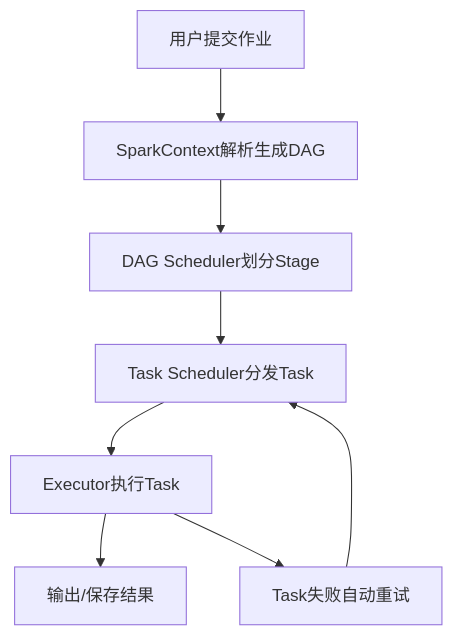
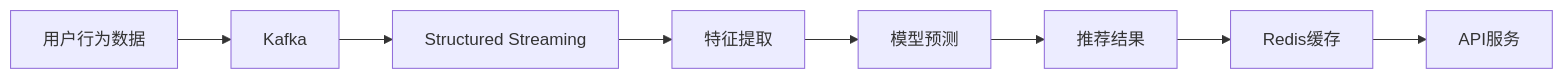
One commit to ralph-wren/TechStack-Handbook changed diagram 19 of 24 in 12.spark.md. Above: the diagram before and after it, drawn with Mermaid. The commit also changed other lines of this file and 1 other file, not shown here.

First line of the commit message:
docs(12.spark.md): 扩充 Spark 知识文档，新增核心概念、架构设计、性能监控与调优内容

````diff
--- a/12.spark.md
+++ b/12.spark.md
@@ -2041,10 +3041,10 @@
 ```mermaid
-graph TD
-    A[用户提交作业] --> B[SparkContext解析生成DAG]
-    B --> C[DAG Scheduler划分Stage]
-    C --> D[Task Scheduler分发Task]
-    D --> E[Executor执行Task]
-    E --> F[输出/保存结果]
-    E --> G[Task失败自动重试]
-    G --> D
+graph LR
+    A[用户行为数据] --> B[Kafka]
+    B --> C[Structured Streaming]
+    C --> D[特征提取]
+    D --> E[模型预测]
+    E --> F[推荐结果]
+    F --> G[Redis缓存]
+    G --> H[API服务]
 ```
````
